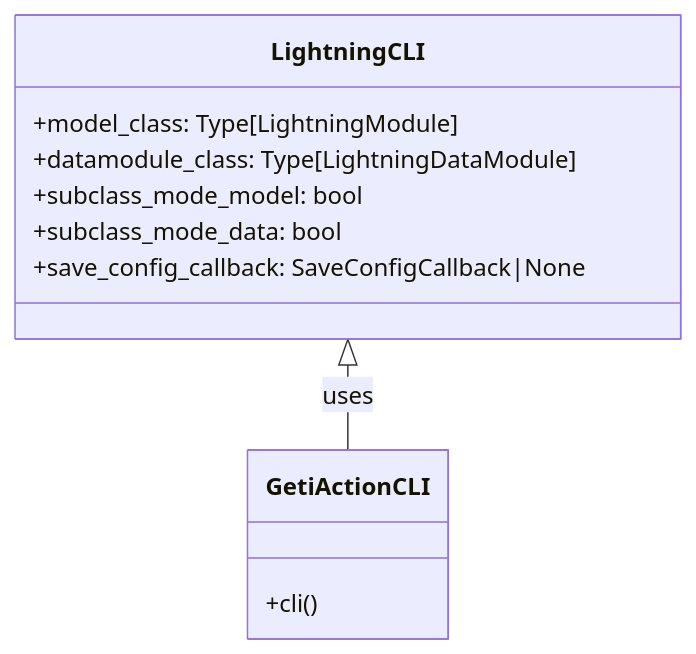
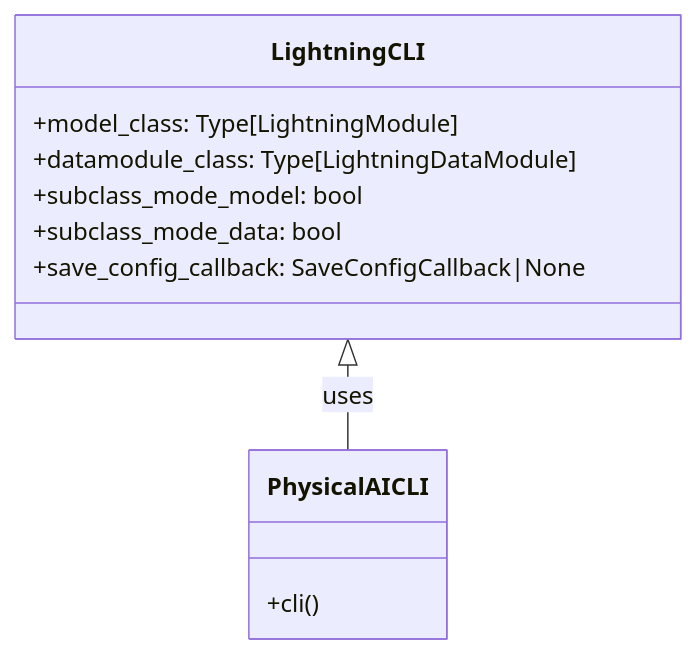
Before and after one commit to open-edge-platform/physical-ai-studio: the first of 2 diagrams in library/docs/explanation/cli/lightning_cli.md, drawn with Mermaid. The commit also changed other lines of this file and 300 other files, not shown here.

````diff
--- a/library/docs/explanation/cli/lightning_cli.md
+++ b/library/docs/explanation/cli/lightning_cli.md
@@ -9,16 +9,16 @@
 ```mermaid
 classDiagram
     class LightningCLI {
         +model_class: Type[LightningModule]
         +datamodule_class: Type[LightningDataModule]
         +subclass_mode_model: bool
         +subclass_mode_data: bool
         +save_config_callback: SaveConfigCallback|None
     }
 
-    class GetiActionCLI {
+    class PhysicalAICLI {
         +cli()
     }
 
-    LightningCLI <|-- GetiActionCLI : uses
+    LightningCLI <|-- PhysicalAICLI : uses
 ```
````
